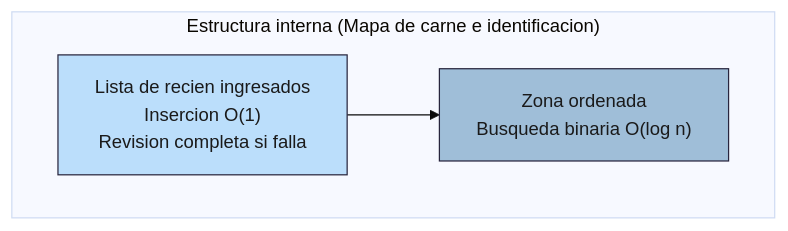
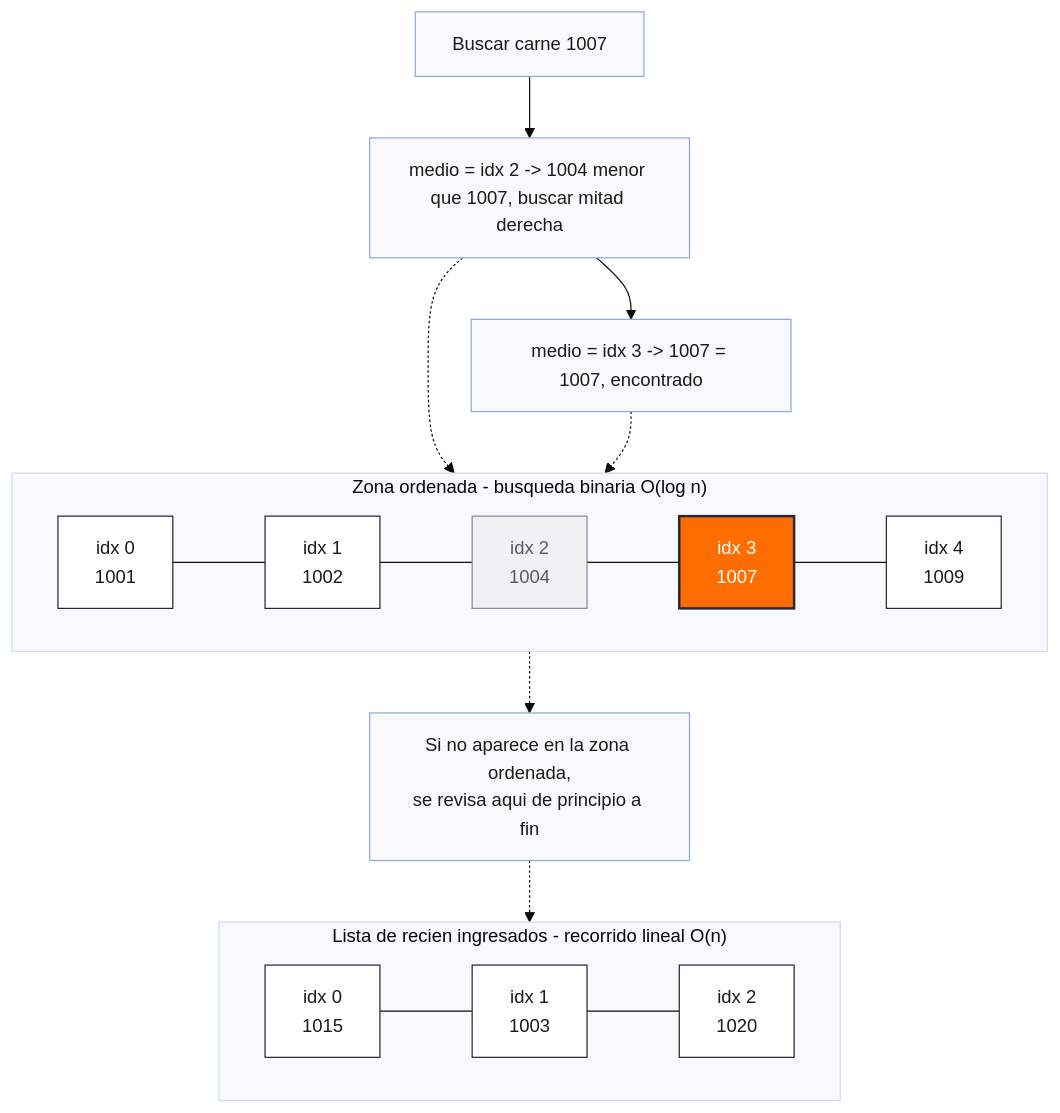
The diagram in diagramas/src/estructura-interna-mapas.mmd (Cetrei/estructuras_investigacion1), drawn with Mermaid before and after one commit. The commit also changed 39 other files, not shown here.

Commit message:
docs: nuevos diagramas, descripciones y mejoras de redaccion

```diff
--- a/diagramas/src/estructura-interna-mapas.mmd
+++ b/diagramas/src/estructura-interna-mapas.mmd
@@ -1,15 +1,44 @@
 %%{init: {'theme': 'base', 'themeVariables': {'fontSize': '15px'}}}%%
-flowchart LR
+flowchart TB
 
-    subgraph S1["Estructura interna (Mapa de carne e identificacion)"]
+    q["Buscar carne 1007"]
+
+    subgraph ORD["Zona ordenada - busqueda binaria O(log n)"]
         direction LR
-        n5["Lista de recien ingresados<br/>Insercion O(1)<br/>Revision completa si falla"]
-        n6["Zona ordenada<br/>Busqueda binaria O(log n)"]
-        n5 --> n6
+        o0["idx 0<br/>1001"]
+        o1["idx 1<br/>1002"]
+        o2["idx 2<br/>1004"]
+        o3["idx 3<br/>1007"]
+        o4["idx 4<br/>1009"]
+        o0 --- o1 --- o2 --- o3 --- o4
     end
 
-    classDef nuevos fill:#BBDEFB,stroke:#28253D,stroke-width:1px,color:#1a1a1a;
-    classDef ordenada fill:#9fbed8,stroke:#28253D,stroke-width:1px,color:#1a1a1a;
+    p1["medio = idx 2 -> 1004 menor que 1007, buscar mitad derecha"]
+    p2["medio = idx 3 -> 1007 = 1007, encontrado"]
 
-    class n5 nuevos;
-    class n6 ordenada;
+    q --> p1 --> p2
+    p1 -.-> o2
+    p2 -.-> o3
+
+    subgraph REC["Lista de recien ingresados - recorrido lineal O(n)"]
+        direction LR
+        n0["idx 0<br/>1015"]
+        n1["idx 1<br/>1003"]
+        n2["idx 2<br/>1020"]
+        n0 --- n1 --- n2
+    end
+
+    nota["Si no aparece en la zona ordenada,<br/>se revisa aqui de principio a fin"]
+    o4 -.-> nota
+    nota -.-> n0
+
+    classDef celda fill:#ffffff,stroke:#28253D,stroke-width:1px,color:#1a1a1a;
+    classDef objetivo fill:#FF6D00,stroke:#28253D,stroke-width:2px,color:#ffffff;
+    classDef descartado fill:#F1F1F4,stroke:#8a8a99,stroke-width:1px,color:#5a5a5a;
+    classDef formula fill:#F9F9FB,stroke:#8fa8d9,stroke-width:1px,color:#1a1a1a;
+
+    class o0,o1,o4 celda;
+    class o2 descartado;
+    class o3 objetivo;
+    class n0,n1,n2 celda;
+    class q,p1,p2,nota formula;
```
